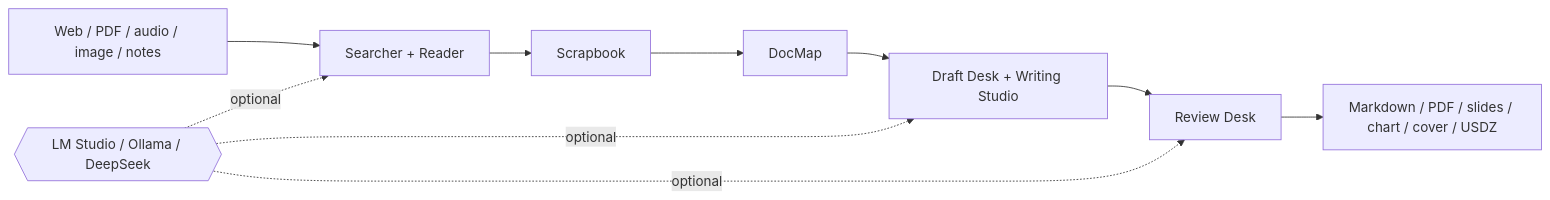
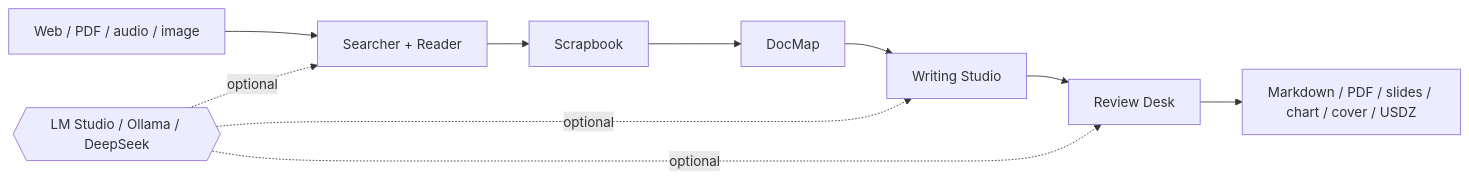
Before and after one commit to surfine/AI-System-6: the diagram in README.md, drawn with Mermaid. The commit also changed other lines of this file and 440 other files, not shown here.

````diff
--- a/README.md
+++ b/README.md
@@ -79,12 +148,12 @@
 ```mermaid
 flowchart LR
-    A["Web / PDF / audio / image / notes"] --> B["Searcher + Reader"]
+    A["Web / PDF / audio / image"] --> B["Searcher + Reader"]
     B --> C["Scrapbook"]
     C --> D["DocMap"]
-    D --> E["Draft Desk + Writing Studio"]
+    D --> E["Writing Studio"]
     E --> F["Review Desk"]
     F --> G["Markdown / PDF / slides / chart / cover / USDZ"]
     M{{"LM Studio / Ollama / DeepSeek"}} -. "optional" .-> B
     M -. "optional" .-> E
     M -. "optional" .-> F
 ```
````
